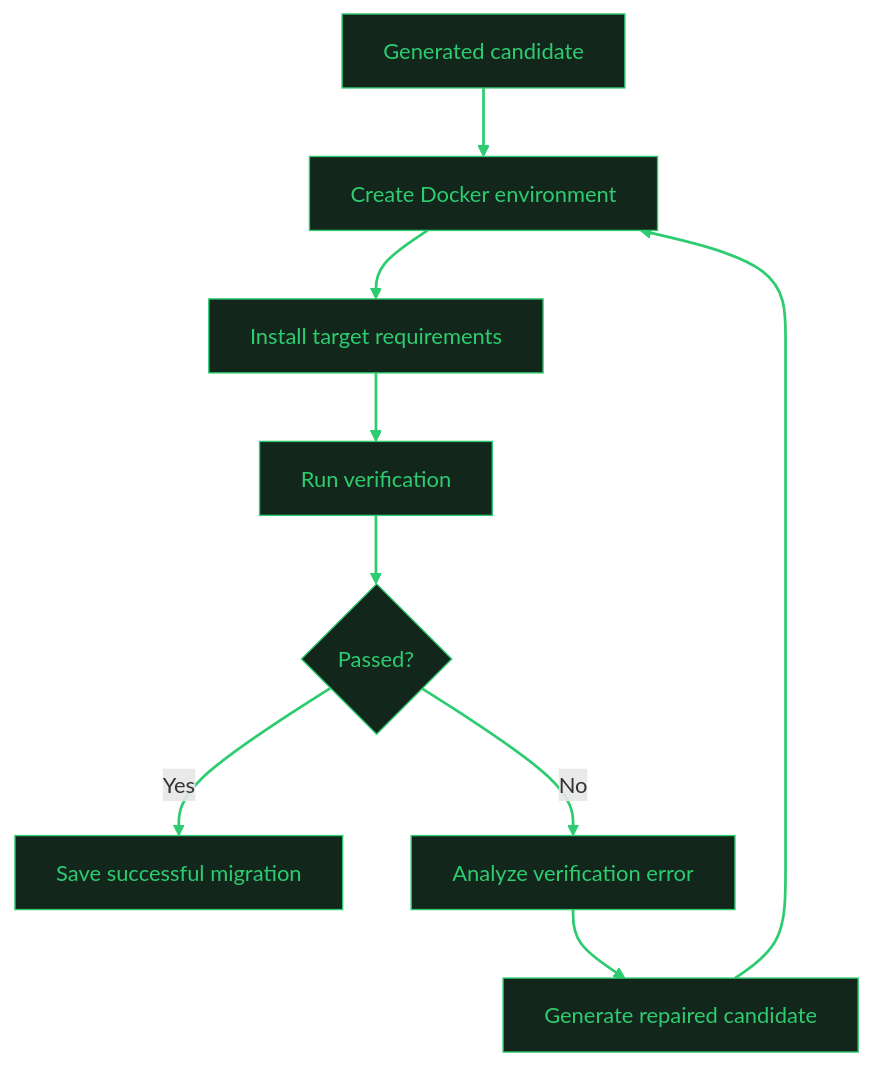
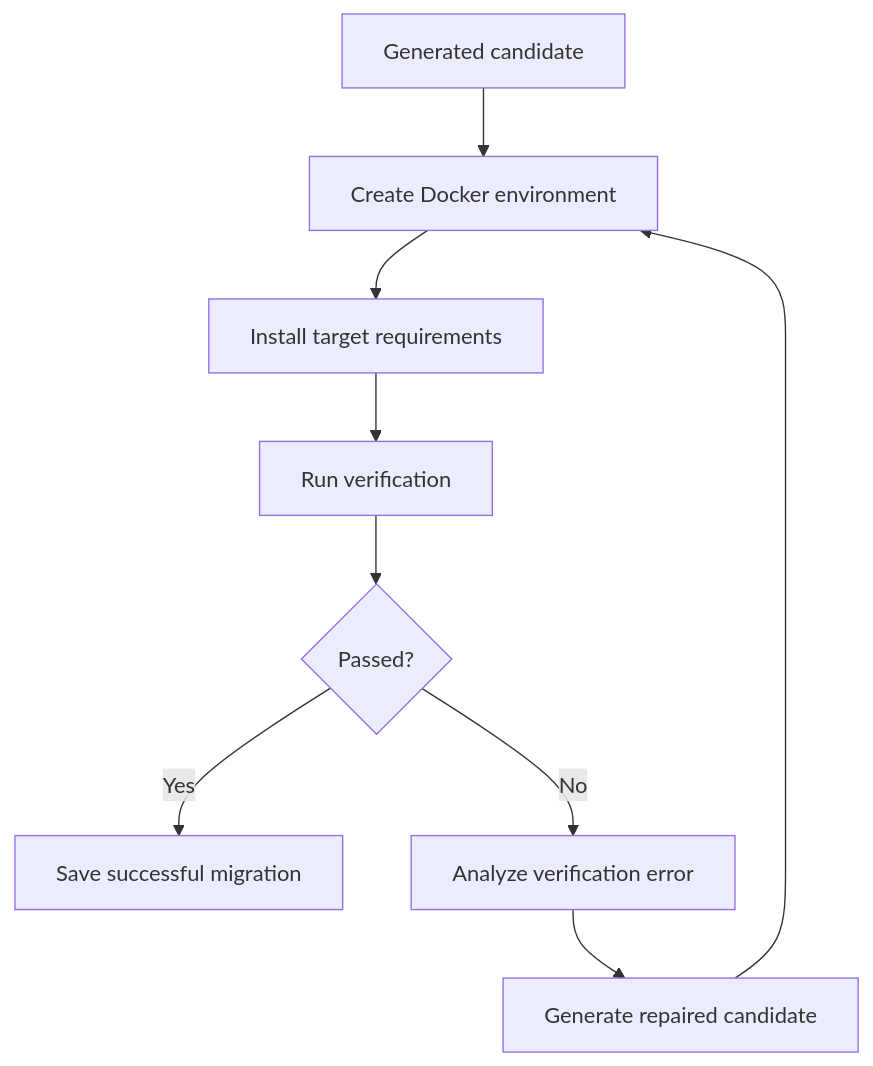
Before and after one commit to 2022n02511-stack/ASTon: the fourth of 7 diagrams in README.md, drawn with Mermaid. The commit also changed other lines of this file, not shown here.

Commit message:
fixed mermaid agin

````diff
--- a/README.md
+++ b/README.md
@@ -397,13 +391,11 @@
 ```mermaid
 flowchart TD
     A["Generated candidate"] --> B["Create Docker environment"]
     B --> C["Install target requirements"]
     C --> D["Run verification"]
     D --> E{"Passed?"}
     E -->|Yes| F["Save successful migration"]
     E -->|No| G["Analyze verification error"]
     G --> H["Generate repaired candidate"]
     H --> B
-    classDef default fill:#13261b,stroke:#2ECC71,color:#2ECC71
-    linkStyle default stroke:#2ECC71,stroke-width:2px
 ```
````
